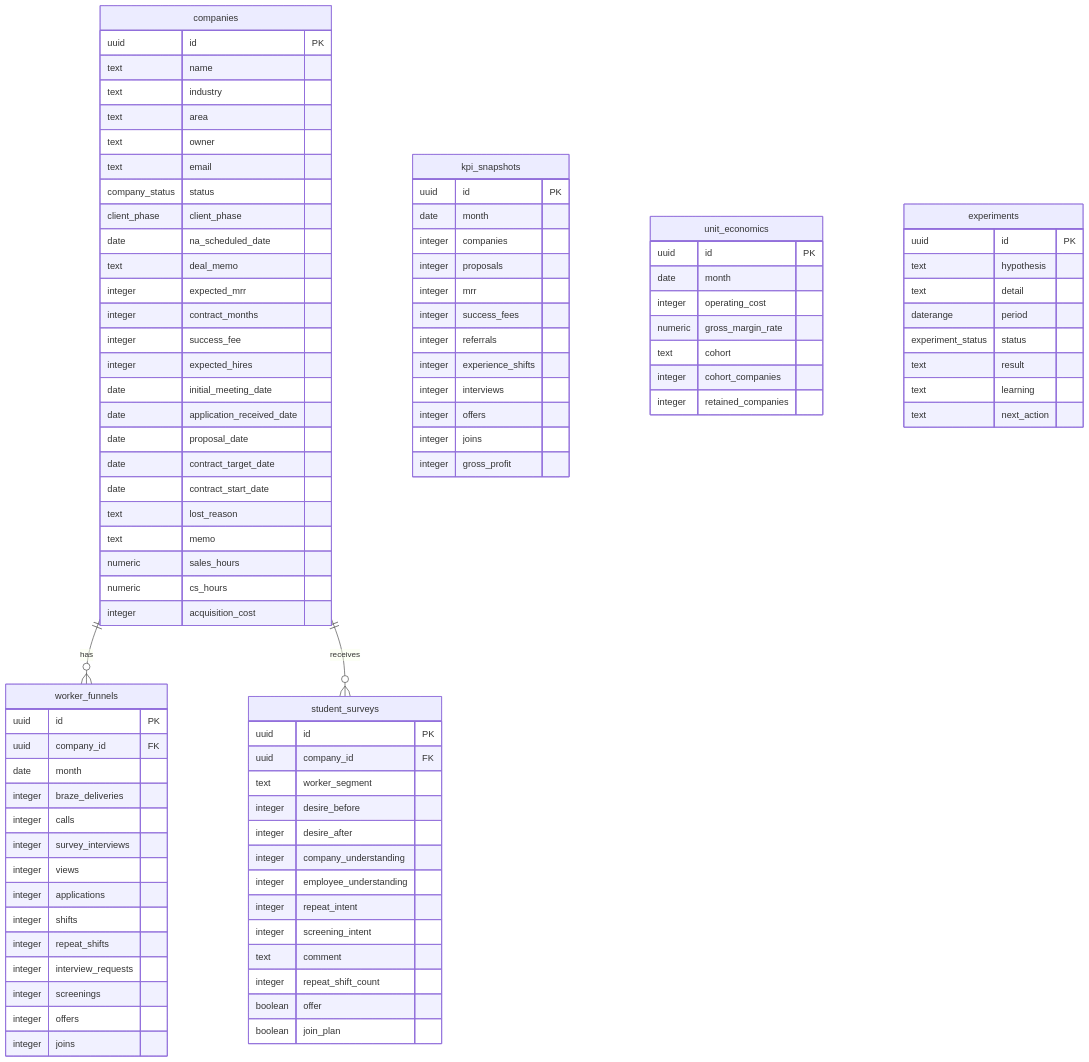
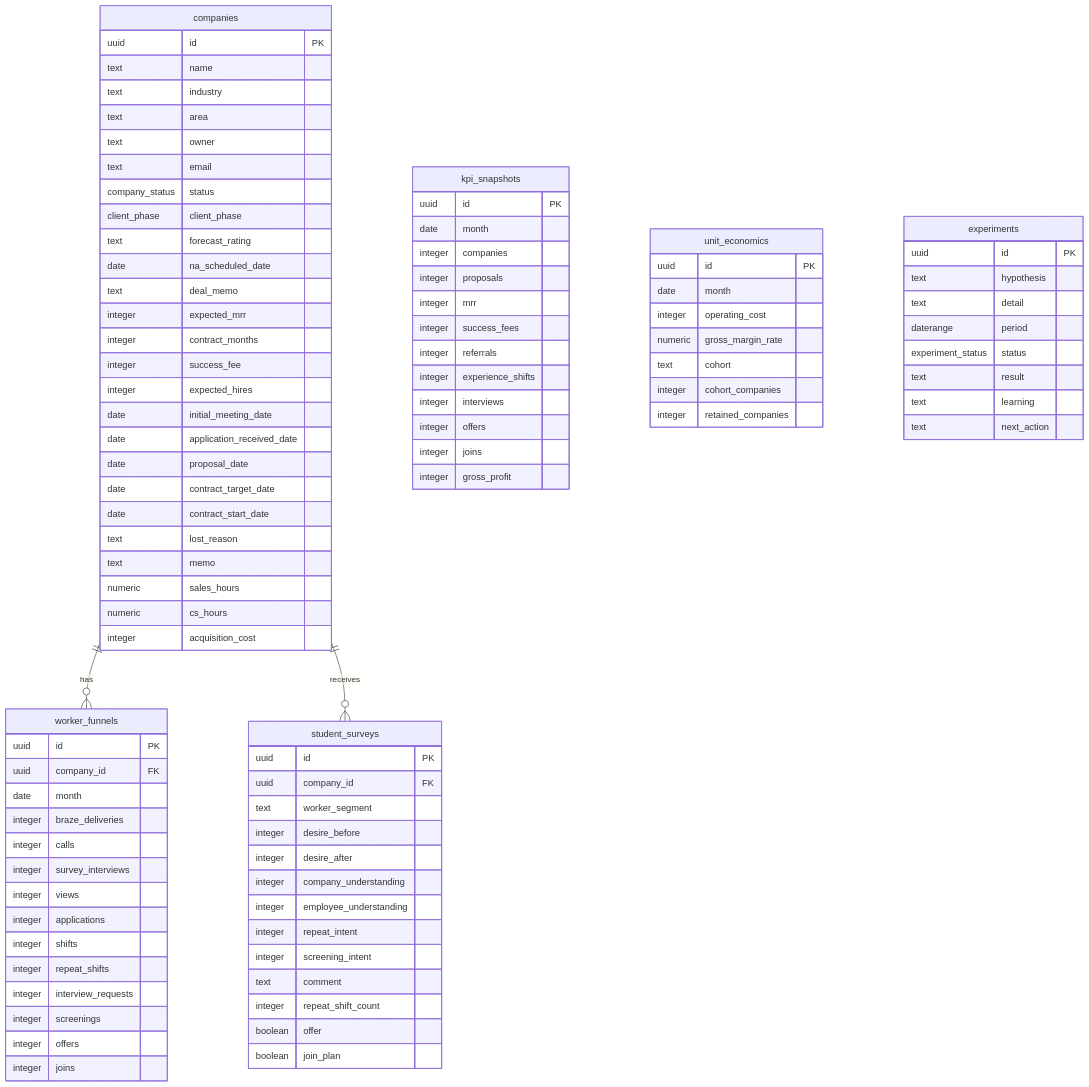
Before and after one commit to Ryo-Sato0922/newgrad-dashboard: the diagram in README.md, drawn with Mermaid. The commit also changed other lines of this file and 3 other files, not shown here.

Commit message:
Fix forecast rating persistence migration

```diff
--- a/README.md
+++ b/README.md
@@ -93,6 +93,7 @@
     text email
     company_status status
     client_phase client_phase
+    text forecast_rating
     date na_scheduled_date
     text deal_memo
     integer expected_mrr
```
